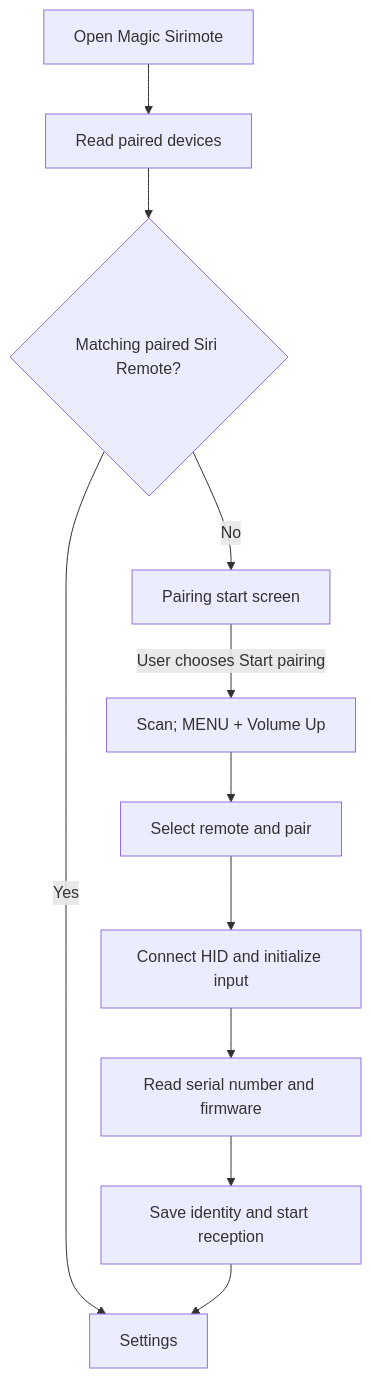
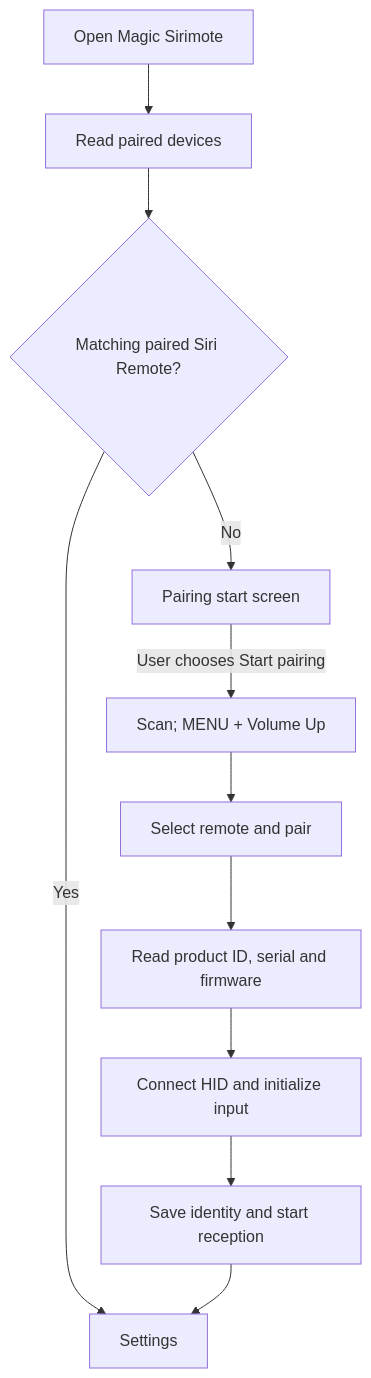
The diagram in docs/NATIVE_APP.md (super-dog-human/magic-sirimote), drawn with Mermaid before and after one commit. The commit also changed other lines of this file and 14 other files, not shown here.

````diff
--- a/docs/NATIVE_APP.md
+++ b/docs/NATIVE_APP.md
@@ -44,13 +46,13 @@
 ```mermaid
 flowchart TD
     Open[Open Magic Sirimote] --> Read[Read paired devices]
     Read --> Found{Matching paired Siri Remote?}
     Found -->|Yes| Settings[Settings]
     Found -->|No| Start[Pairing start screen]
     Start -->|User chooses Start pairing| Scan[Scan; MENU + Volume Up]
     Scan --> Pair[Select remote and pair]
-    Pair --> HID[Connect HID and initialize input]
-    HID --> Identity[Read serial number and firmware]
-    Identity --> Save[Save identity and start reception]
+    Pair --> Identity[Read product ID, serial and firmware]
+    Identity --> HID[Connect HID and initialize input]
+    HID --> Save[Save identity and start reception]
     Save --> Settings
 ```
````
